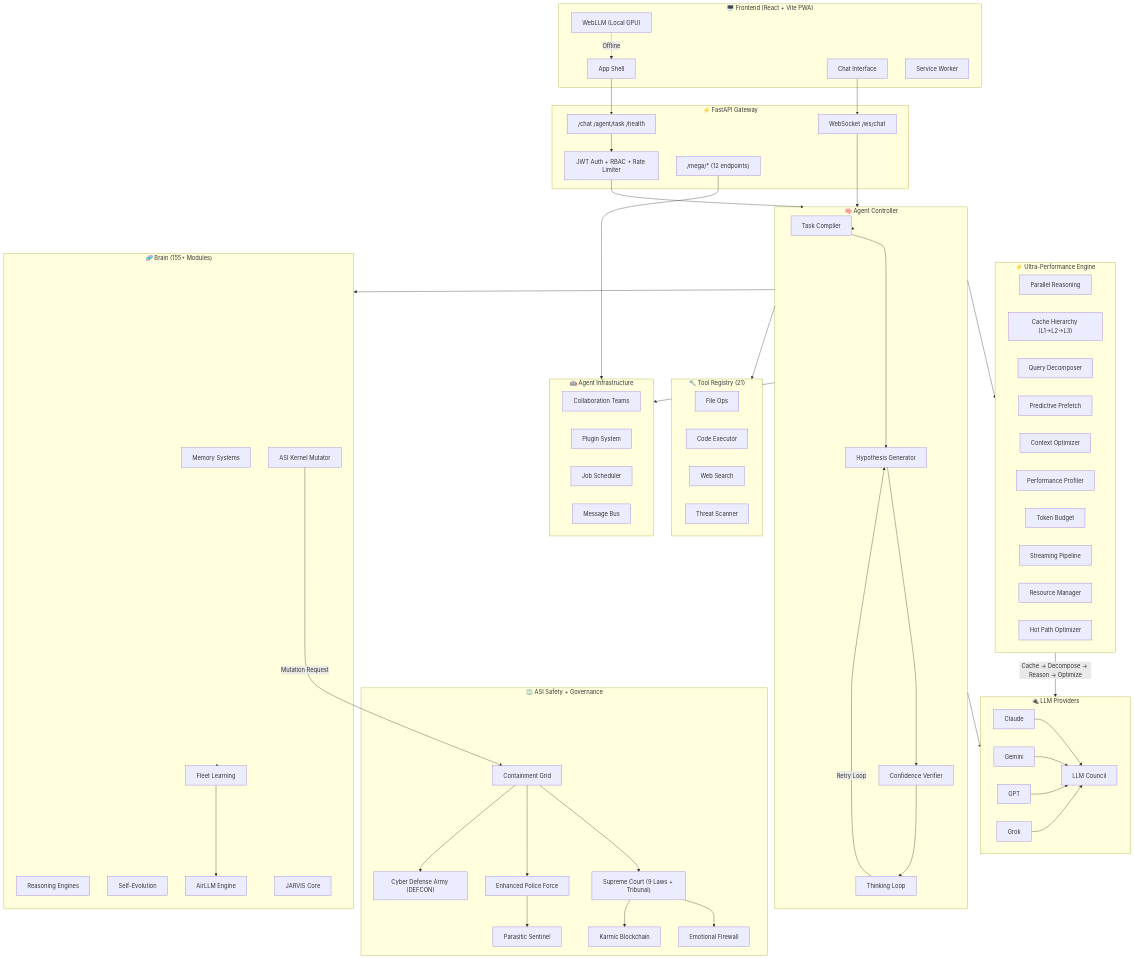
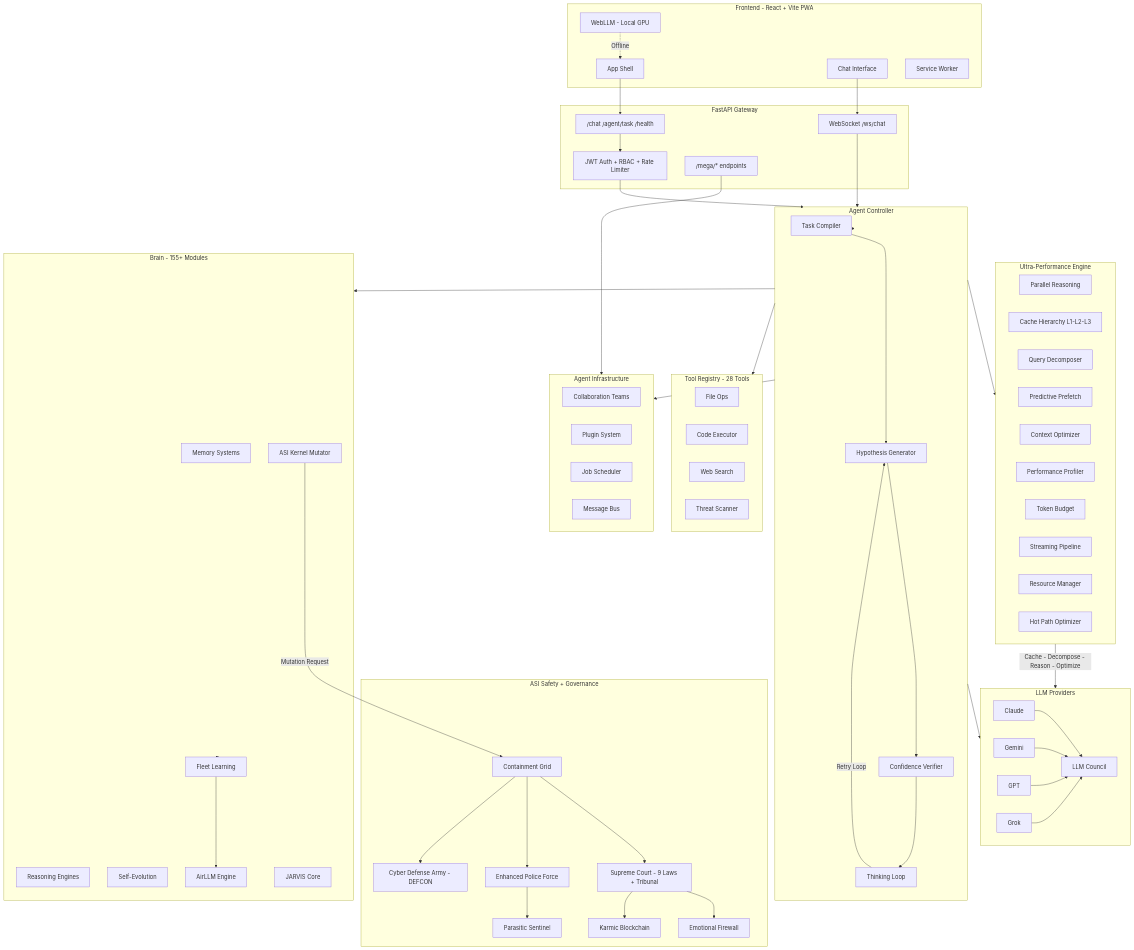
One commit to boopathygamer/astra-agent changed the first of 9 diagrams in README.md. Above: the diagram before and after it, drawn with Mermaid. The commit also changed other lines of this file, not shown here.

Commit message:
docs: improve structure and fix tool counts

````diff
--- a/README.md
+++ b/README.md
@@ -95,29 +95,29 @@
 ```mermaid
 graph TB
-    subgraph Frontend["🖥️ Frontend (React + Vite PWA)"]
+    subgraph Frontend["Frontend - React + Vite PWA"]
         UI["App Shell"]
         Chat["Chat Interface"]
-        WebLLM["WebLLM (Local GPU)"]
+        WebLLM["WebLLM - Local GPU"]
         SW["Service Worker"]
     end
 
-    subgraph API["⚡ FastAPI Gateway"]
-        REST["/chat  /agent/task  /health"]
+    subgraph API["FastAPI Gateway"]
+        REST["/chat /agent/task /health"]
         WS["WebSocket /ws/chat"]
         Auth["JWT Auth + RBAC + Rate Limiter"]
-        MegaAPI["/mega/* (12 endpoints)"]
+        MegaAPI["/mega/* endpoints"]
     end
 
-    subgraph Core["🧠 Agent Controller"]
+    subgraph Core["Agent Controller"]
         Compiler["Task Compiler"]
         Generator["Hypothesis Generator"]
         Verifier["Confidence Verifier"]
         ThinkLoop["Thinking Loop"]
     end
 
-    subgraph UltraPerf["⚡ Ultra-Performance Engine"]
+    subgraph UltraPerf["Ultra-Performance Engine"]
         ParallelR["Parallel Reasoning"]
-        CacheH["Cache Hierarchy (L1→L2→L3)"]
+        CacheH["Cache Hierarchy L1-L2-L3"]
         QueryD["Query Decomposer"]
         PredPre["Predictive Prefetch"]
         CtxOpt["Context Optimizer"]
@@ -128,22 +128,25 @@
         HotPath["Hot Path Optimizer"]
     end
 
-    subgraph ASI_Safety["⚖️ ASI Safety + Governance"]
-        Court["Supreme Court (9 Laws + Tribunal)"]
+    subgraph ASI_Safety["ASI Safety + Governance"]
+        Court["Supreme Court - 9 Laws + Tribunal"]
         Police["Enhanced Police Force"]
-        Army["Cyber Defense Army (DEFCON)"]
+        Army["Cyber Defense Army - DEFCON"]
         CGrid["Containment Grid"]
         EFW["Emotional Firewall"]
         PS["Parasitic Sentinel"]
         KBC["Karmic Blockchain"]
     end
 
-    subgraph Providers["🔌 LLM Providers"]
-        Claude["Claude"] & Gemini["Gemini"] & GPT["GPT"] & Grok["Grok"]
+    subgraph Providers["LLM Providers"]
+        Claude["Claude"]
+        Gemini["Gemini"]
+        GPT["GPT"]
+        Grok["Grok"]
         Council["LLM Council"]
     end
 
-    subgraph Brain["🧬 Brain (155+ Modules)"]
+    subgraph Brain["Brain - 155+ Modules"]
         Memory["Memory Systems"]
         Reasoning["Reasoning Engines"]
         Evolution["Self-Evolution"]
@@ -153,15 +156,18 @@
         JarvisCore["JARVIS Core"]
     end
 
-    subgraph AgentInfra["🤖 Agent Infrastructure"]
+    subgraph AgentInfra["Agent Infrastructure"]
         Collab["Collaboration Teams"]
         Plugins["Plugin System"]
         Scheduler["Job Scheduler"]
         MsgBus["Message Bus"]
     end
 
-    subgraph Tools["🔧 Tool Registry (21)"]
-        FileOps["File Ops"] & CodeExec["Code Executor"] & WebSearch["Web Search"] & ThreatScan["Threat Scanner"]
+    subgraph Tools["Tool Registry - 28 Tools"]
+        FileOps["File Ops"]
+        CodeExec["Code Executor"]
+        WebSearch["Web Search"]
+        ThreatScan["Threat Scanner"]
     end
 
     UI --> REST
@@ -171,17 +177,20 @@
     WS --> Core
     MegaAPI --> AgentInfra
     Core --> Compiler --> Generator --> Verifier --> ThinkLoop
-    ThinkLoop -->|"Retry Loop"| Generator
+    ThinkLoop -->|Retry Loop| Generator
     Core --> UltraPerf
-    UltraPerf -->|"Cache → Decompose → Reason → Optimize"| Providers
+    UltraPerf -->|Cache - Decompose - Reason - Optimize| Providers
     Core --> Providers
-    Claude & Gemini & GPT & Grok --> Council
+    Claude --> Council
+    Gemini --> Council
+    GPT --> Council
+    Grok --> Council
     Core --> Tools
     Core --> Brain
     Core --> AgentInfra
     Brain --> FleetLrn --> AirLLM
 
-    KernelMut -->|"Mutation Request"| CGrid
+    KernelMut -->|Mutation Request| CGrid
     CGrid --> Court
     CGrid --> Police
     CGrid --> Army
````
